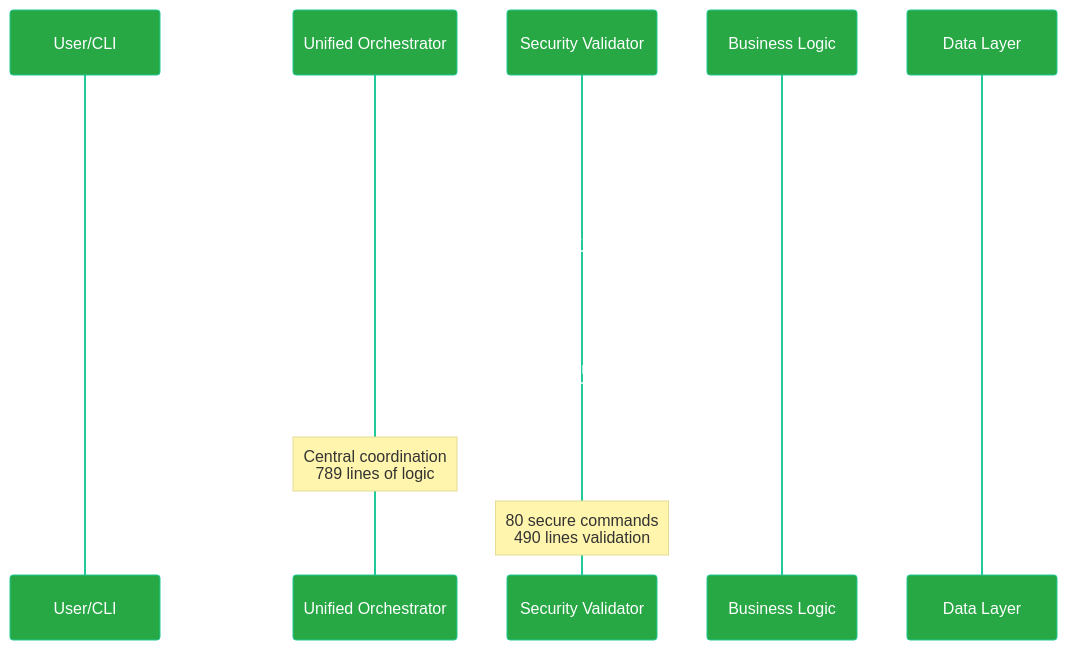
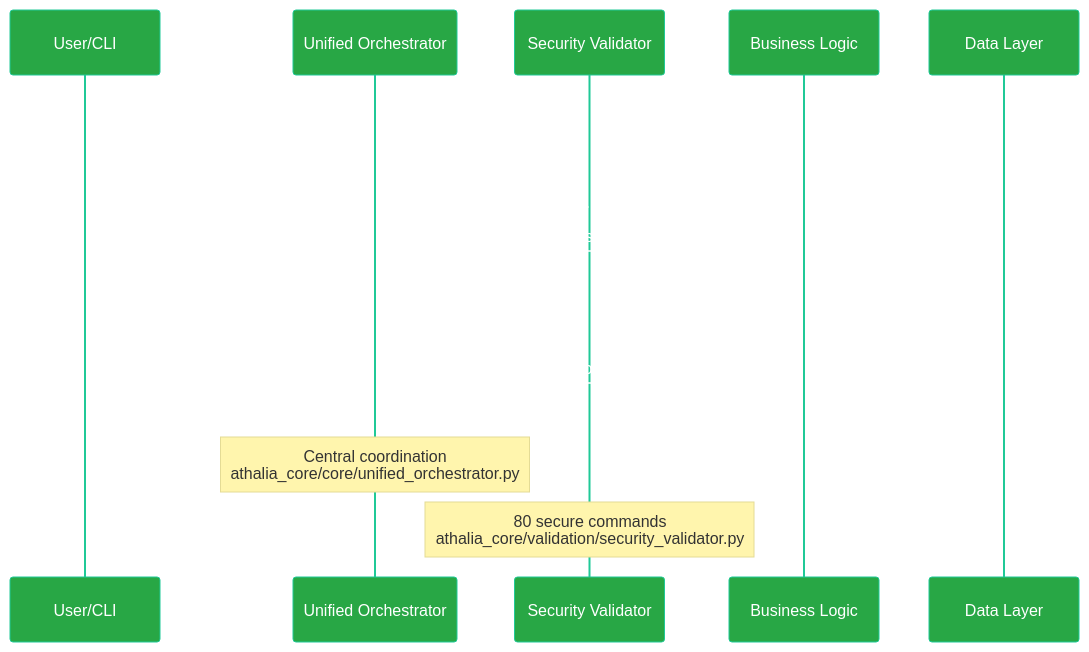
Before and after one commit to arkalia-luna-system/ia-pipeline: the second of 8 diagrams in docs/ARCHITECTURE/INDEX.md, drawn with Mermaid. The commit also changed other lines of this file and 10 other files, not shown here.

Commit message:
docs: Correction et mise à jour de 5 guides développeur - Dates mises à jour au 14 août 2025 - Standards professionnels appliqués - Architecture modulaire documentée - Structure des tests alignée avec le système réel

````diff
--- a/docs/ARCHITECTURE/INDEX.md
+++ b/docs/ARCHITECTURE/INDEX.md
@@ -85,21 +88,21 @@
 ```mermaid
 %%{init: {'theme':'base', 'themeVariables': { 'primaryColor': '#28a745', 'primaryTextColor': '#fff', 'primaryBorderColor': '#20c997'}}}%%
 sequenceDiagram
     participant U as User/CLI
     participant UO as Unified Orchestrator
     participant SV as Security Validator
     participant BL as Business Logic
     participant DL as Data Layer
     
     U->>UO: Request (generate/clean/audit)
     UO->>SV: Validate Security
     SV->>UO: Security Approved
     UO->>BL: Execute Business Logic
     BL->>DL: Data Operations
     DL->>BL: Data Response
     BL->>UO: Operation Result
     UO->>U: Final Response
     
-    Note over UO: Central coordination<br/>789 lines of logic
-    Note over SV: 80 secure commands<br/>490 lines validation
+    Note over UO: Central coordination<br/>athalia_core/core/unified_orchestrator.py
+    Note over SV: 80 secure commands<br/>athalia_core/validation/security_validator.py
 ```
````
